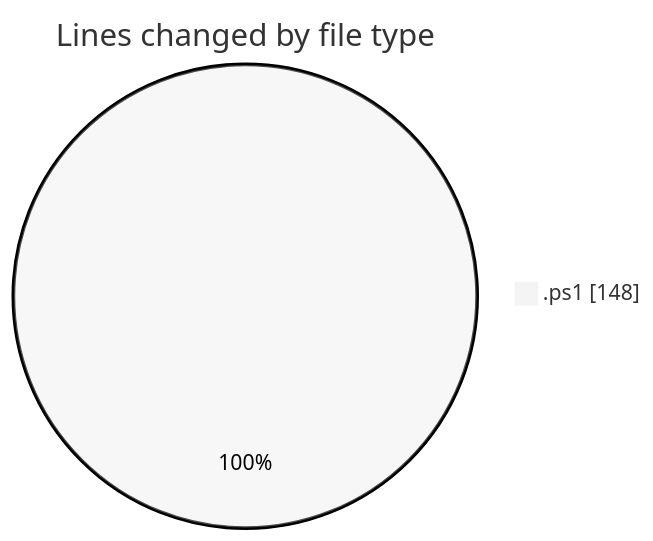
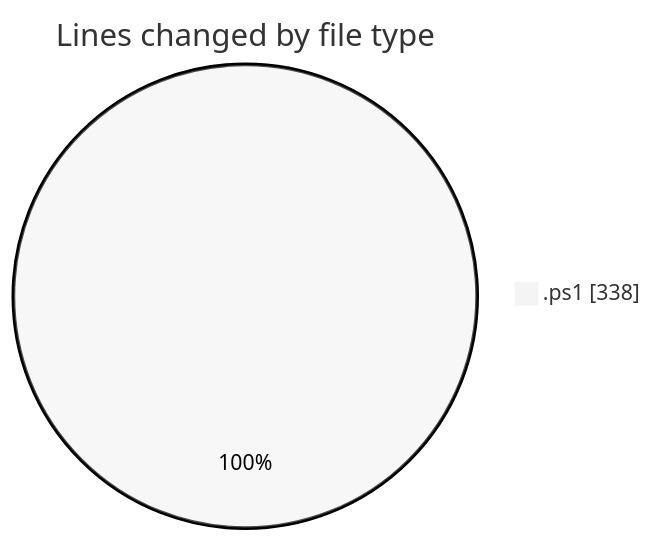
The first of 2 diagrams in 2026-07-19/shibass-ai/README.md (shibass792/code-tracking), drawn with Mermaid (neutral theme) before and after one commit. The commit also changed other lines of this file and 1 other file, not shown here.

````diff
--- a/2026-07-19/shibass-ai/README.md
+++ b/2026-07-19/shibass-ai/README.md
@@ -21,5 +22,5 @@
 ```mermaid
 pie showData
 title Lines changed by file type
-".ps1" : 148
+".ps1" : 338
 ```
````
